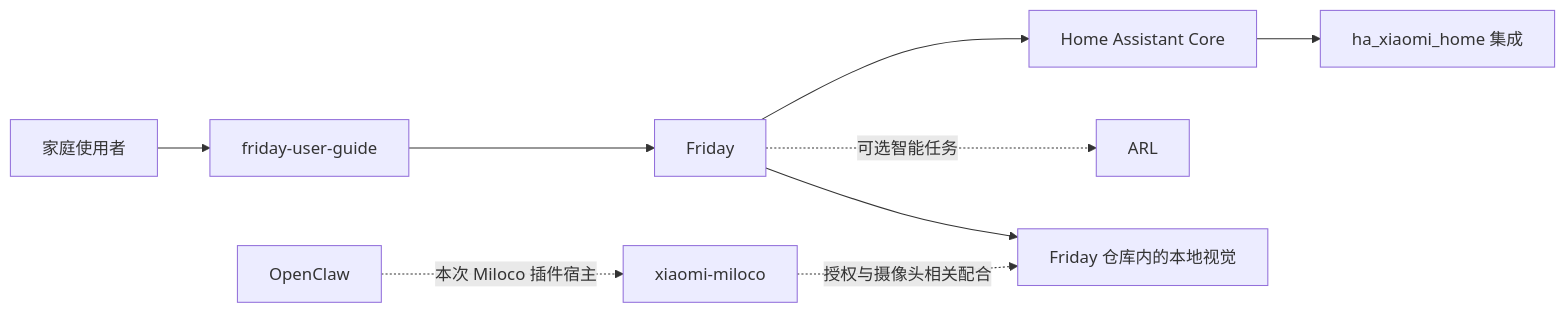
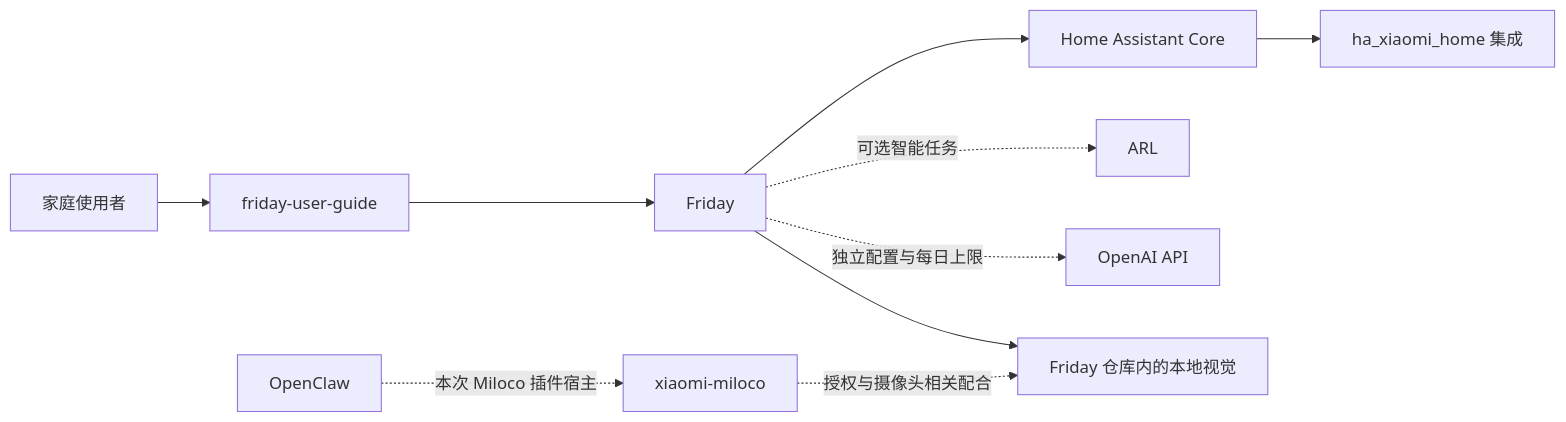
The diagram in README.md (lijunfeng722/friday-project-index), drawn with Mermaid before and after one commit. The commit also changed other lines of this file and 3 other files, not shown here.

````diff
--- a/README.md
+++ b/README.md
@@ -59,11 +61,12 @@
 ```mermaid
 flowchart LR
   U[家庭使用者] --> G[friday-user-guide]
   G --> F[Friday]
   F --> H[Home Assistant Core]
   H --> X[ha_xiaomi_home 集成]
   F -. 可选智能任务 .-> A[ARL]
+  F -. 独立配置与每日上限 .-> P[OpenAI API]
   F --> V[Friday 仓库内的本地视觉]
   M[xiaomi-miloco] -. 授权与摄像头相关配合 .-> V
   O[OpenClaw] -. 本次 Miloco 插件宿主 .-> M
 ```
````
